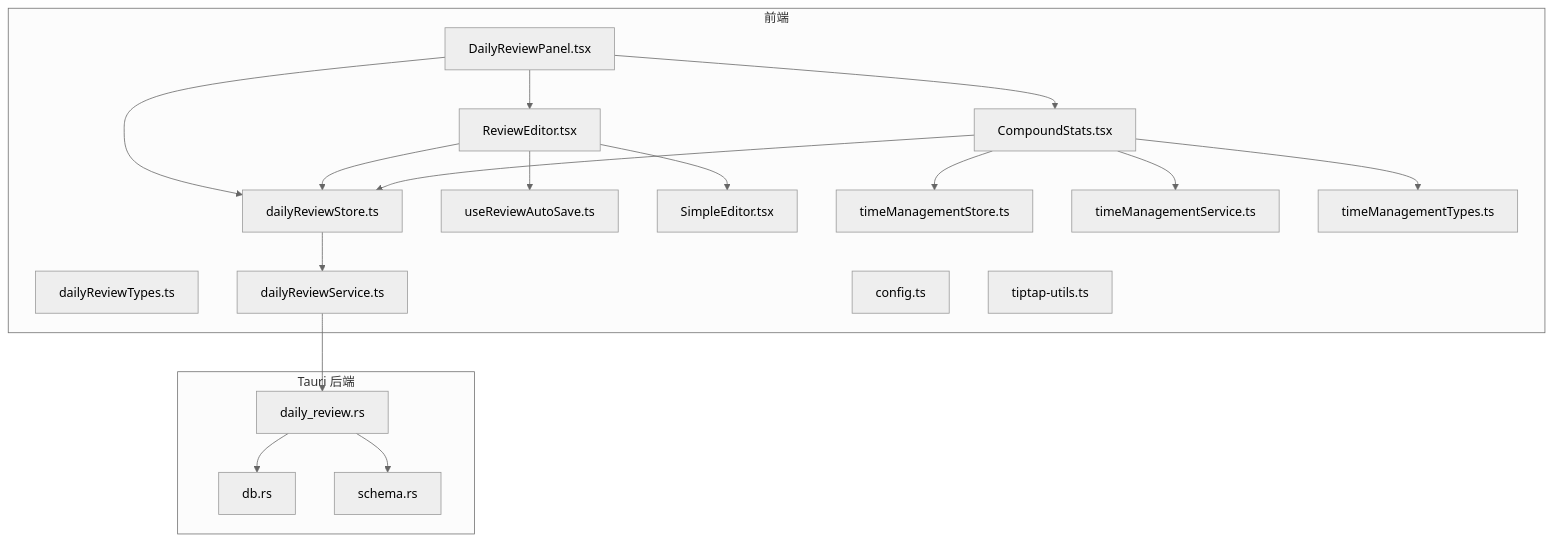
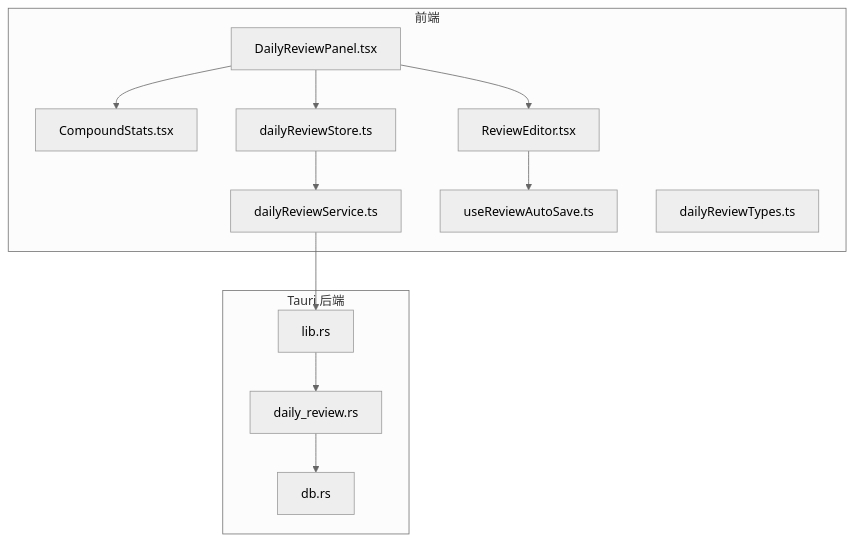
One commit to gzdxhujiale/FishWorker changed the first of 6 diagrams in .qoder/repowiki/zh/content/核心功能模块/每日回顾系统.md. Above: the diagram before and after it, drawn with Mermaid (neutral theme). The commit also changed other lines of this file and 238 other files, not shown here.

````diff
--- a/.qoder/repowiki/zh/content/核心功能模块/每日回顾系统.md
+++ b/.qoder/repowiki/zh/content/核心功能模块/每日回顾系统.md
@@ -64,37 +35,25 @@
 ```mermaid
 graph TB
 subgraph "前端"
-DRP["DailyReviewPanel.tsx"]
-RE["ReviewEditor.tsx"]
-CS["CompoundStats.tsx"]
-DRT["dailyReviewTypes.ts"]
-DRS["dailyReviewStore.ts"]
-DRC["dailyReviewService.ts"]
-UAS["useReviewAutoSave.ts"]
-SE["SimpleEditor.tsx"]
-TC["config.ts"]
-TU["tiptap-utils.ts"]
-TMST["timeManagementStore.ts"]
-TMSV["timeManagementService.ts"]
-TMT["timeManagementTypes.ts"]
+A["DailyReviewPanel.tsx"]
+B["CompoundStats.tsx"]
+C["ReviewEditor.tsx"]
+D["dailyReviewStore.ts"]
+E["dailyReviewService.ts"]
+F["useReviewAutoSave.ts"]
+G["dailyReviewTypes.ts"]
 end
 subgraph "Tauri 后端"
-DR_RS["daily_review.rs"]
-DB_RS["db.rs"]
-SCHEMA_RS["schema.rs"]
+H["lib.rs"]
+I["daily_review.rs"]
+J["db.rs"]
 end
-DRP --> RE
-DRP --> CS
-DRP --> DRS
-RE --> UAS
-RE --> SE
-RE --> DRS
-CS --> DRS
-DRS --> DRC
-DRC --> DR_RS
-DR_RS --> DB_RS
-DR_RS --> SCHEMA_RS
-CS --> TMSV
-CS --> TMST
-CS --> TMT
+A --> D
+A --> B
+A --> C
+C --> F
+D --> E
+E --> H
+H --> I
+I --> J
 ```
````
